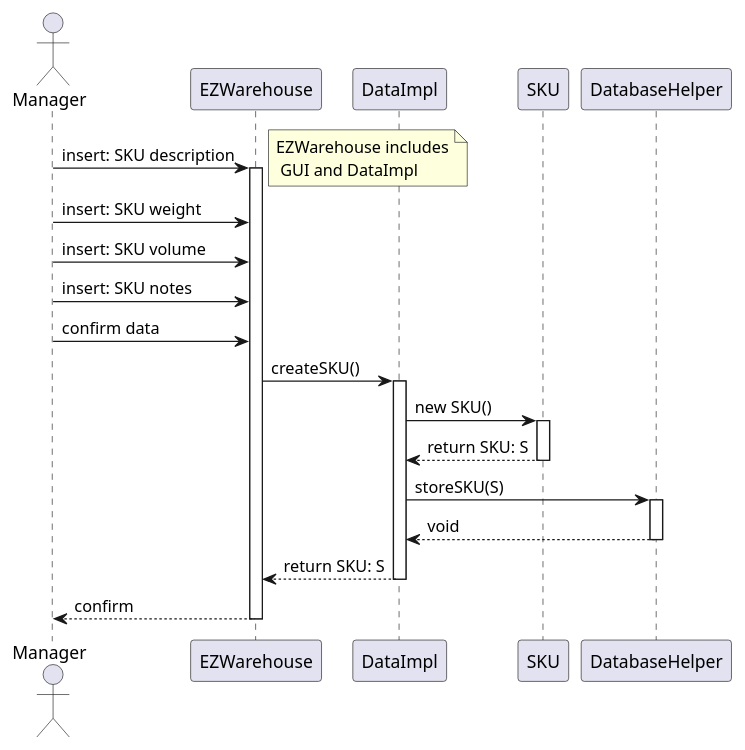
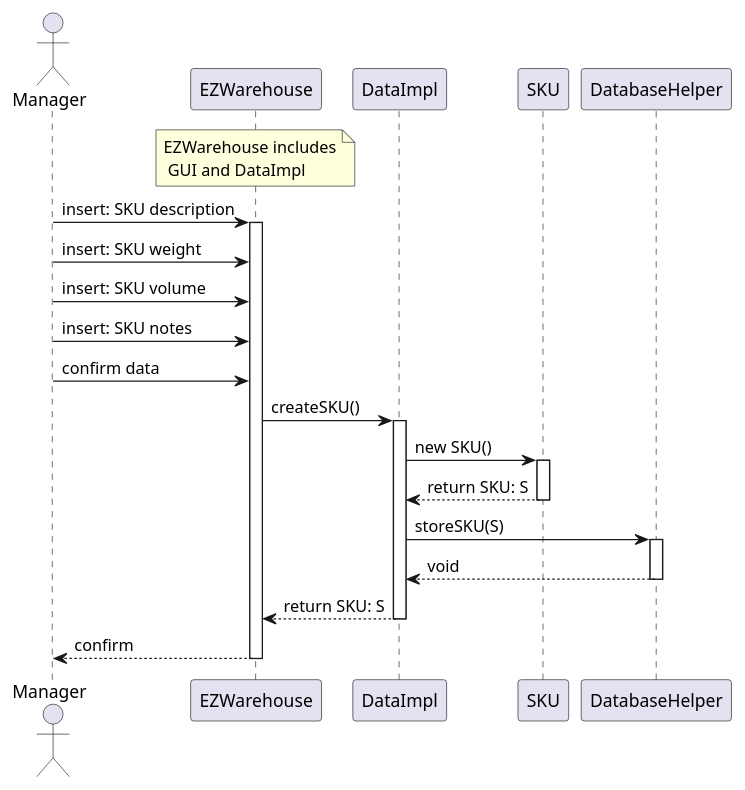
Before and after one commit to DavideArcolini/SoftEng_garbageCollector: the fourth of 10 diagrams in DESIGN PART/DesignDocument.md, drawn with PlantUML. The commit also changed other lines of this file and 2 other files, not shown here.

Commit message:
added sequence diagram

````diff
--- a/DESIGN PART/DesignDocument.md
+++ b/DESIGN PART/DesignDocument.md
@@ -477,36 +489,30 @@
 ```plantuml
 actor Manager as Manager
 participant EZWarehouse as EZWarehouse
 participant DataImpl as DataImpl
 participant SKU as SKU
 participant DatabaseHelper as DatabaseHelper
 
+note over EZWarehouse : EZWarehouse includes\n GUI and DataImpl
 Manager -> EZWarehouse: insert: SKU description
 activate EZWarehouse
-note right : EZWarehouse includes\n GUI and DataImpl
 Manager -> EZWarehouse: insert: SKU weight
 Manager -> EZWarehouse: insert: SKU volume
 Manager -> EZWarehouse: insert: SKU notes
 Manager -> EZWarehouse: confirm data
 
 EZWarehouse -> DataImpl: createSKU()
 activate DataImpl
-
 DataImpl -> SKU: new SKU()
 activate SKU
-
 SKU --> DataImpl: return SKU: S
 deactivate SKU
-
 DataImpl -> DatabaseHelper: storeSKU(S)
 activate DatabaseHelper
-
 DatabaseHelper --> DataImpl: void 
 deactivate DatabaseHelper
-
 DataImpl --> EZWarehouse: return SKU: S 
 deactivate DataImpl
-
 EZWarehouse --> Manager: confirm
 deactivate EZWarehouse
 ```
````
